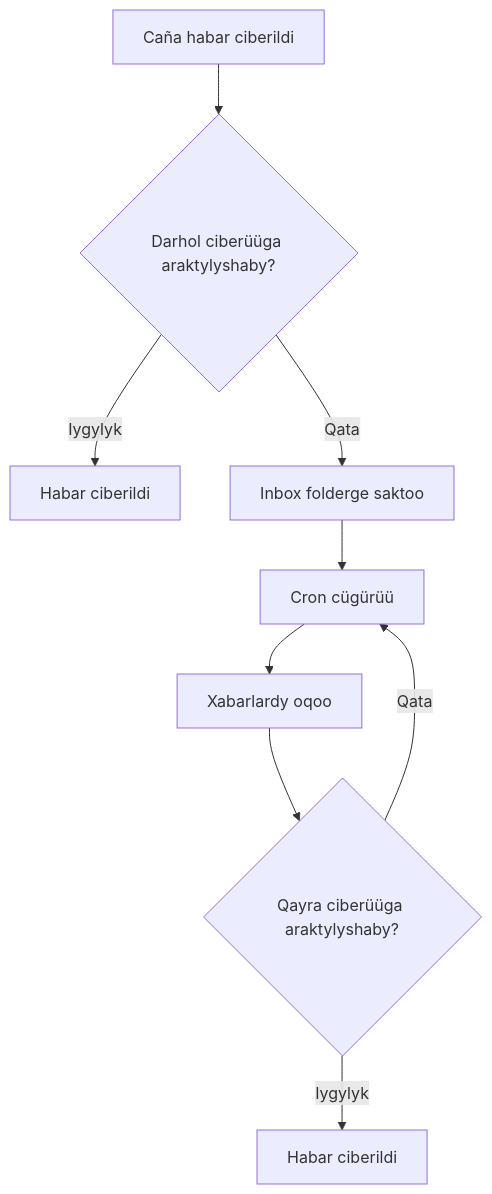
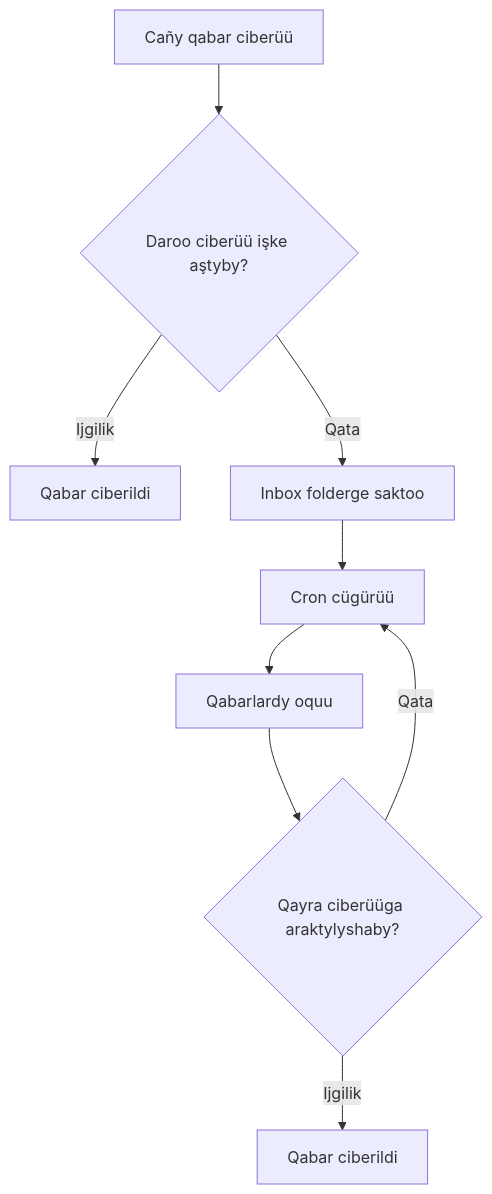
The second of 2 diagrams in docs/qy/readme.md (sultaniman/kpow), drawn with Mermaid before and after one commit. The commit also changed other lines of this file, not shown here.

````diff
--- a/docs/qy/readme.md
+++ b/docs/qy/readme.md
@@ -150,11 +150,11 @@
 ```mermaid
 flowchart TD
-    A[Caña habar ciberildi] --> B{Darhol ciberüüga araktylyshaby?}
-    B -- Iygylyk --> C[Habar ciberildi]
+    A[Cañy qabar ciberüü] --> B{Daroo ciberüü işke aştyby?}
+    B -- Ijgilik --> C[Qabar ciberildi]
     B -- Qata --> D[Inbox folderge saktoo]
     D --> E[Cron cügürüü]
-    E --> F[Xabarlardy oqoo]
+    E --> F[Qabarlardy oquu]
     F --> G{Qayra ciberüüga araktylyshaby?}
-    G -- Iygylyk --> H[Habar ciberildi]
+    G -- Ijgilik --> H[Qabar ciberildi]
     G -- Qata --> E
 ```
````
